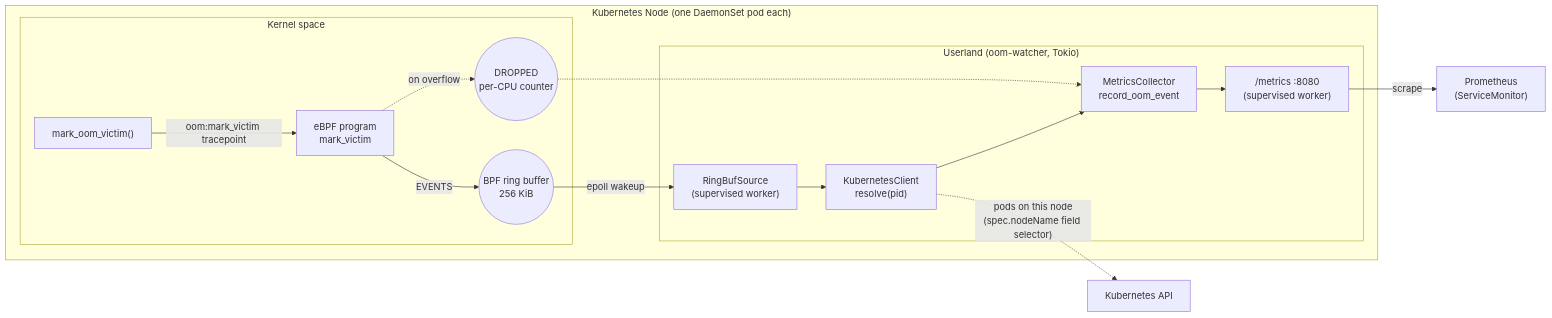
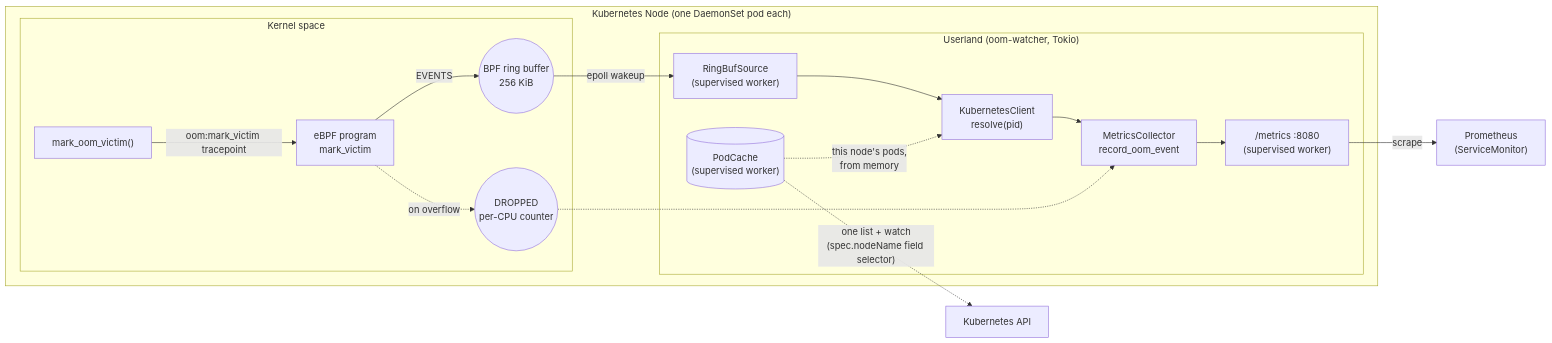
The diagram in README.md (Perun-Engineering/ebpf-oom-watcher), drawn with Mermaid before and after one commit. The commit also changed other lines of this file and 5 other files, not shown here.

````diff
--- a/README.md
+++ b/README.md
@@ -185,19 +185,20 @@
 ```mermaid
 flowchart LR
     subgraph node["Kubernetes Node (one DaemonSet pod each)"]
         subgraph kernel["Kernel space"]
             K["mark_oom_victim()"] -->|"oom:mark_victim tracepoint"| E["eBPF program\nmark_victim"]
             E -->|EVENTS| B(("BPF ring buffer\n256 KiB"))
             E -.->|"on overflow"| D(("DROPPED\nper-CPU counter"))
         end
         subgraph user["Userland (oom-watcher, Tokio)"]
             B -->|epoll wakeup| R["RingBufSource\n(supervised worker)"]
             R --> KC["KubernetesClient\nresolve(pid)"]
             KC --> M["MetricsCollector\nrecord_oom_event"]
             M --> H["/metrics :8080\n(supervised worker)"]
+            PC[("PodCache\n(supervised worker)")] -.->|"this node's pods,\nfrom memory"| KC
         end
     end
     D -.-> M
-    KC -.->|"pods on this node\n(spec.nodeName field selector)"| API["Kubernetes API"]
+    PC -.->|"one list + watch\n(spec.nodeName field selector)"| API["Kubernetes API"]
     H -->|scrape| P["Prometheus\n(ServiceMonitor)"]
 ```
````
